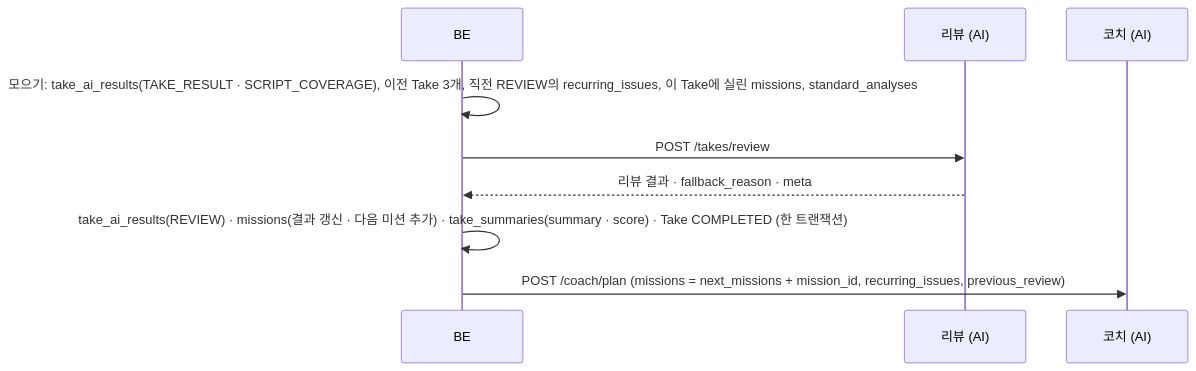
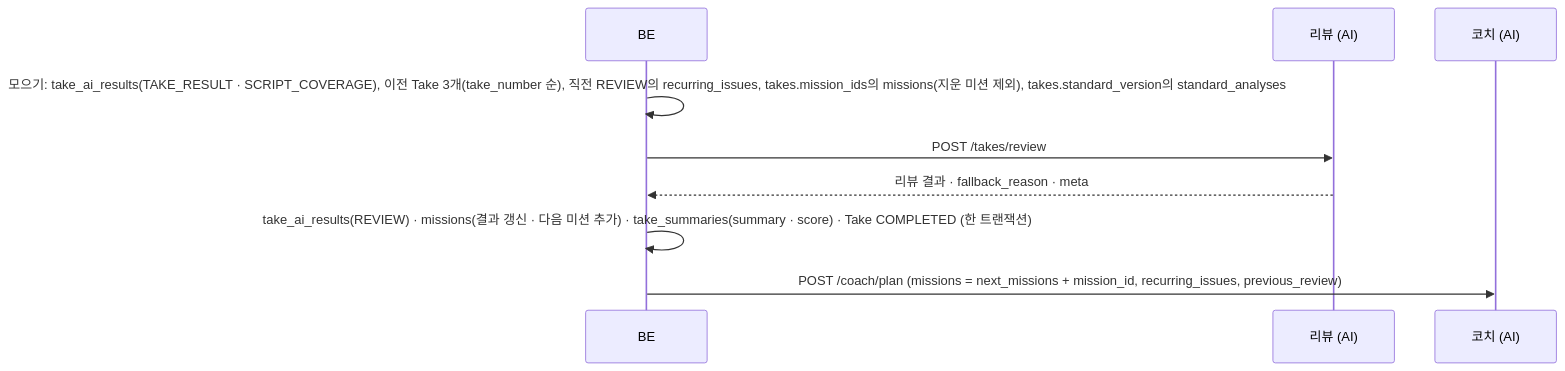
The second of 2 diagrams in docs/ai/features/review-agent.md (kakaotechcampus-4/ktc4-pusan-2), drawn with Mermaid before and after one commit. The commit also changed other lines of this file, not shown here.

Commit message:
docs(ai): 리뷰 문서에 이전 Take 순서·기준 버전 고정·미션 저장 칸 반영

````diff
--- a/docs/ai/features/review-agent.md
+++ b/docs/ai/features/review-agent.md
@@ -288,11 +288,11 @@
 ```mermaid
 sequenceDiagram
     participant BE
     participant R as 리뷰 (AI)
     participant C as 코치 (AI)
-    BE->>BE: 모으기: take_ai_results(TAKE_RESULT · SCRIPT_COVERAGE), 이전 Take 3개, 직전 REVIEW의 recurring_issues, 이 Take에 실린 missions, standard_analyses
+    BE->>BE: 모으기: take_ai_results(TAKE_RESULT · SCRIPT_COVERAGE), 이전 Take 3개(take_number 순), 직전 REVIEW의 recurring_issues, takes.mission_ids의 missions(지운 미션 제외), takes.standard_version의 standard_analyses
     BE->>R: POST /takes/review
     R-->>BE: 리뷰 결과 · fallback_reason · meta
     BE->>BE: take_ai_results(REVIEW) · missions(결과 갱신 · 다음 미션 추가) · take_summaries(summary · score) · Take COMPLETED (한 트랜잭션)
     BE->>C: POST /coach/plan (missions = next_missions + mission_id, recurring_issues, previous_review)
 ```
````
